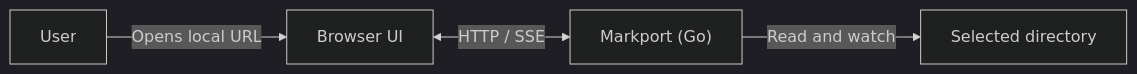
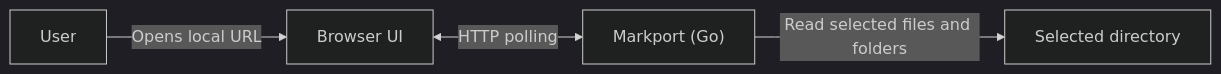
Before and after one commit to yomon8/markport: the diagram in README.md, drawn with Mermaid (dark theme). The commit also changed other lines of this file and 12 other files, not shown here.

````diff
--- a/README.md
+++ b/README.md
@@ -34,6 +34,6 @@
 ```mermaid
 flowchart LR
     user["User"] -->|"Opens local URL"| browser["Browser UI"]
-    browser <-->|"HTTP / SSE"| server["Markport (Go)"]
-    server -->|"Read and watch"| directory["Selected directory"]
+    browser <-->|"HTTP polling"| server["Markport (Go)"]
+    server -->|"Read selected files and folders"| directory["Selected directory"]
 ```
````
